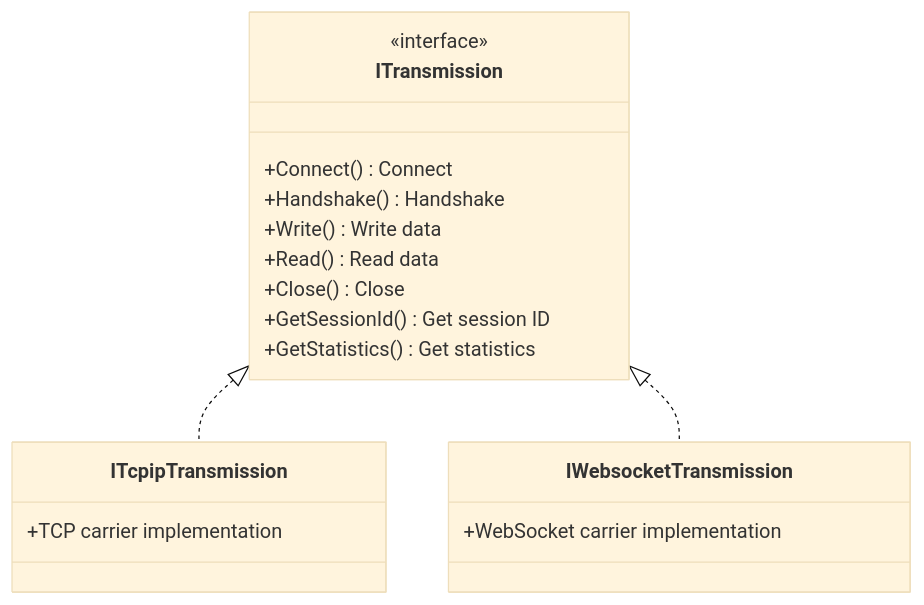
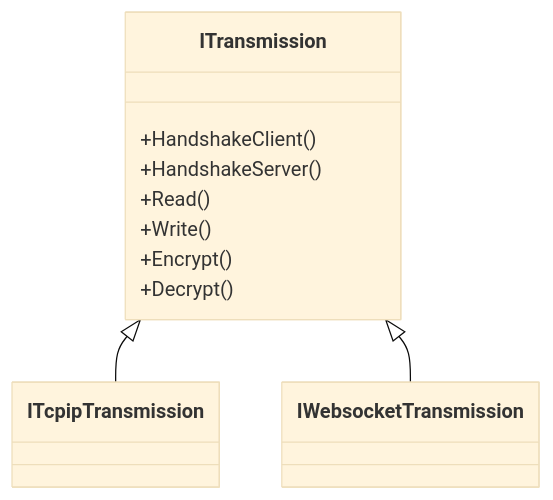
One commit to HyacinthHaru/openppp2 changed the second of 4 diagrams in docs/TRANSMISSION.md. Above: the diagram before and after it, drawn with Mermaid (base theme). The commit also changed other lines of this file and 45 other files, not shown here.

````diff
--- a/docs/TRANSMISSION.md
+++ b/docs/TRANSMISSION.md
@@ -115,24 +57,15 @@
 ```mermaid
 classDiagram
     class ITransmission {
-        <<interface>>
-        +Connect() Connect
-        +Handshake() Handshake
-        +Write() Write data
-        +Read() Read data
-        +Close() Close
-        +GetSessionId() Get session ID
-        +GetStatistics() Get statistics
+        +HandshakeClient()
+        +HandshakeServer()
+        +Read()
+        +Write()
+        +Encrypt()
+        +Decrypt()
     }
-    
-    class ITcpipTransmission {
-        +TCP carrier implementation
-    }
-    
-    class IWebsocketTransmission {
-        +WebSocket carrier implementation
-    }
-    
-    ITransmission <|.. ITcpipTransmission
-    ITransmission <|.. IWebsocketTransmission
+    class ITcpipTransmission
+    class IWebsocketTransmission
+    ITransmission <|-- ITcpipTransmission
+    ITransmission <|-- IWebsocketTransmission
 ```
````
